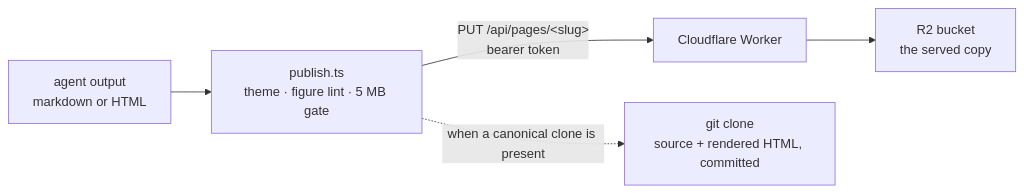
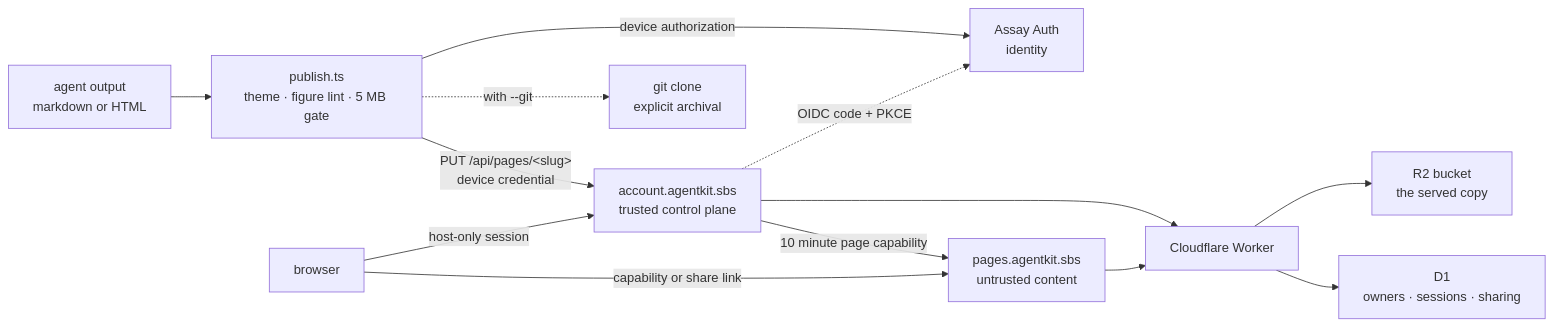
One commit to developerinlondon/agentkit changed the diagram in docs/site/src/content/docs/concepts/pages.md. Above: the diagram before and after it, drawn with Mermaid. The commit also changed other lines of this file and 40 other files, not shown here.

First line of the commit message:
feat(pages): add Assay accounts and private sharing (#275)

````diff
--- a/docs/site/src/content/docs/concepts/pages.md
+++ b/docs/site/src/content/docs/concepts/pages.md
@@ -20,7 +21,15 @@
 ```mermaid
 flowchart LR
   agent["agent output<br/>markdown or HTML"] --> pub["publish.ts<br/>theme · figure lint · 5 MB gate"]
-  pub -- "PUT /api/pages/&lt;slug&gt;<br/>bearer token" --> worker["Cloudflare Worker"]
+  pub -- "device authorization" --> assay["Assay Auth<br/>identity"]
+  pub -- "PUT /api/pages/&lt;slug&gt;<br/>device credential" --> account["account.agentkit.sbs<br/>trusted control plane"]
+  browser["browser"] -- "host-only session" --> account
+  account -- "10 minute page capability" --> pages["pages.agentkit.sbs<br/>untrusted content"]
+  browser -- "capability or share link" --> pages
+  account --> worker["Cloudflare Worker"]
+  pages --> worker
   worker --> r2["R2 bucket<br/>the served copy"]
-  pub -. "when a canonical clone is present" .-> repo["git clone<br/>source + rendered HTML, committed"]
+  worker --> d1["D1<br/>owners · sessions · sharing"]
+  account -. "OIDC code + PKCE" .-> assay
+  pub -. "with --git" .-> repo["git clone<br/>explicit archival"]
 ```
````
